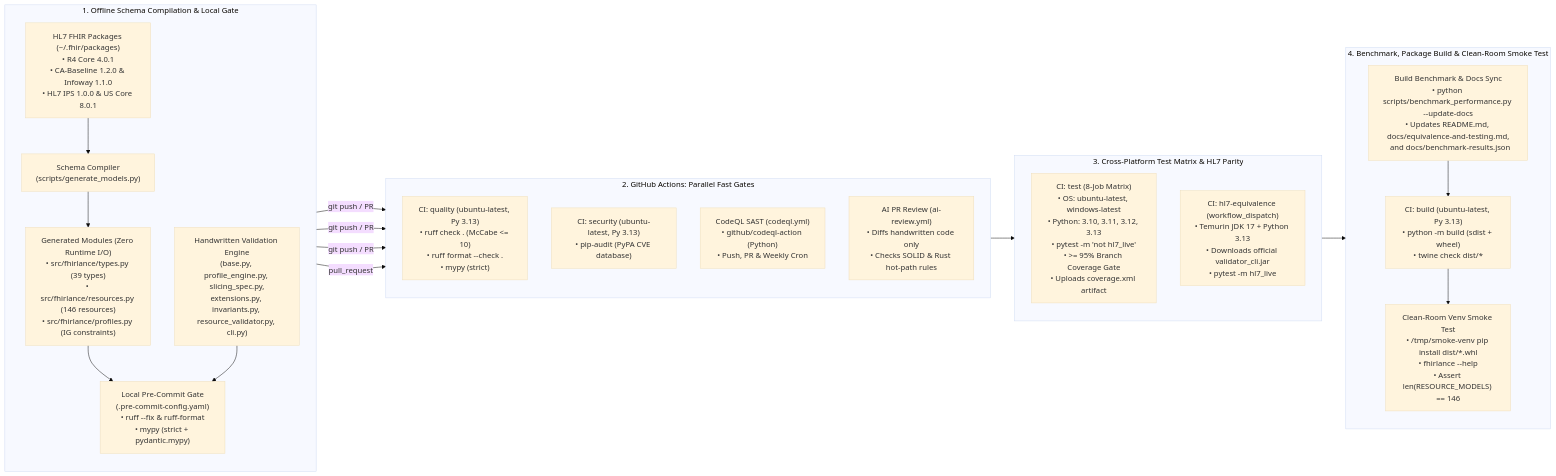
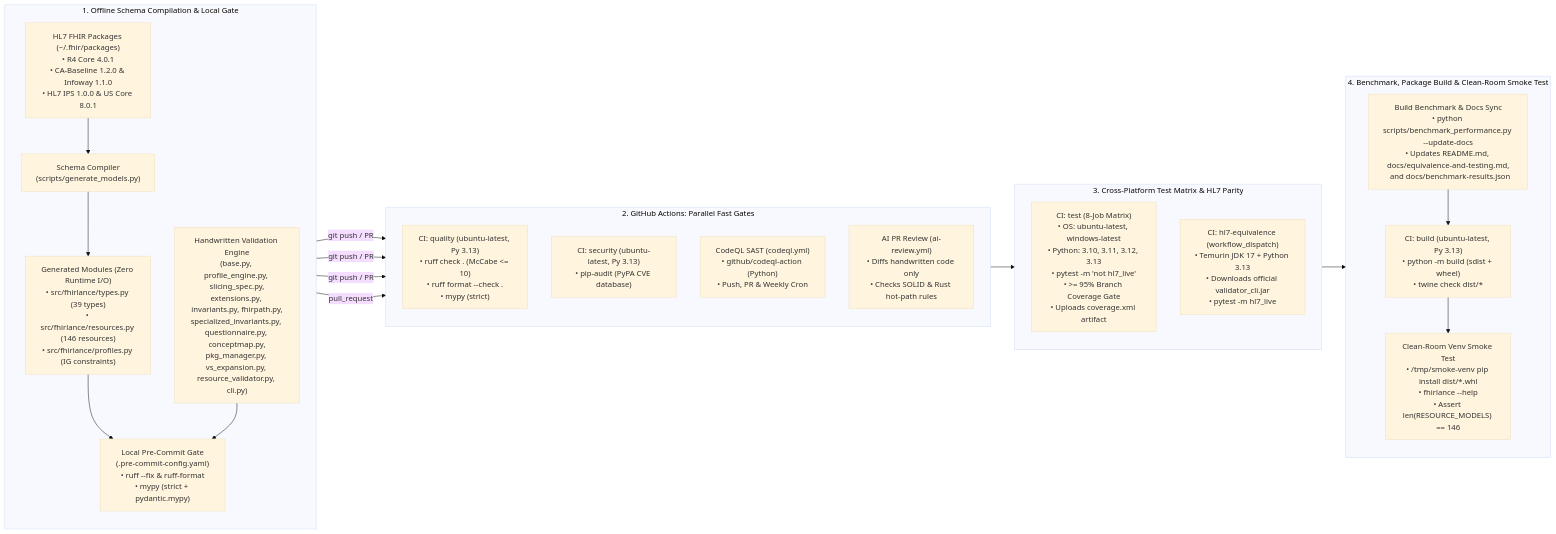
One commit to damsonaldson/FHIRlance changed the diagram in docs/ci-and-build.md. Above: the diagram before and after it, drawn with Mermaid (base theme). The commit also changed other lines of this file and 8 other files, not shown here.

````diff
--- a/docs/ci-and-build.md
+++ b/docs/ci-and-build.md
@@ -11,43 +11,43 @@
 ```mermaid
 flowchart LR
     subgraph Phase1["1. Offline Schema Compilation & Local Gate"]
         direction TB
         PKGS["HL7 FHIR Packages (~/.fhir/packages)<br/>• R4 Core 4.0.1<br/>• CA-Baseline 1.2.0 & Infoway 1.1.0<br/>• HL7 IPS 1.0.0 & US Core 8.0.1"]
         CODEGEN["Schema Compiler<br/>(scripts/generate_models.py)"]
         GEN["Generated Modules (Zero Runtime I/O)<br/>• src/fhirlance/types.py (39 types)<br/>• src/fhirlance/resources.py (146 resources)<br/>• src/fhirlance/profiles.py (IG constraints)"]
-        CORE["Handwritten Validation Engine<br/>(base.py, profile_engine.py, slicing_spec.py,<br/>extensions.py, invariants.py, resource_validator.py, cli.py)"]
+        CORE["Handwritten Validation Engine<br/>(base.py, profile_engine.py, slicing_spec.py,<br/>extensions.py, invariants.py, fhirpath.py,<br/>specialized_invariants.py, questionnaire.py, conceptmap.py,<br/>pkg_manager.py, vs_expansion.py, resource_validator.py, cli.py)"]
         PRE["Local Pre-Commit Gate<br/>(.pre-commit-config.yaml)<br/>• ruff --fix & ruff-format<br/>• mypy (strict + pydantic.mypy)"]
 
         PKGS --> CODEGEN --> GEN --> PRE
         CORE --> PRE
     end
 
     subgraph Phase2["2. GitHub Actions: Parallel Fast Gates"]
         direction TB
         QUAL["CI: quality (ubuntu-latest, Py 3.13)<br/>• ruff check . (McCabe <= 10)<br/>• ruff format --check .<br/>• mypy (strict)"]
         SEC["CI: security (ubuntu-latest, Py 3.13)<br/>• pip-audit (PyPA CVE database)"]
         CODEQL["CodeQL SAST (codeql.yml)<br/>• github/codeql-action (Python)<br/>• Push, PR & Weekly Cron"]
         AIREVIEW["AI PR Review (ai-review.yml)<br/>• Diffs handwritten code only<br/>• Checks SOLID & Rust hot-path rules"]
     end
 
     subgraph Phase3["3. Cross-Platform Test Matrix & HL7 Parity"]
         direction TB
         MATRIX["CI: test (8-Job Matrix)<br/>• OS: ubuntu-latest, windows-latest<br/>• Python: 3.10, 3.11, 3.12, 3.13<br/>• pytest -m 'not hl7_live'<br/>• >= 95% Branch Coverage Gate<br/>• Uploads coverage.xml artifact"]
         HL7["CI: hl7-equivalence (workflow_dispatch)<br/>• Temurin JDK 17 + Python 3.13<br/>• Downloads official validator_cli.jar<br/>• pytest -m hl7_live"]
     end
 
     subgraph Phase4["4. Benchmark, Package Build & Clean-Room Smoke Test"]
         direction TB
         BENCH["Build Benchmark & Docs Sync<br/>• python scripts/benchmark_performance.py --update-docs<br/>• Updates README.md, docs/equivalence-and-testing.md,<br/>  and docs/benchmark-results.json"]
         BUILD["CI: build (ubuntu-latest, Py 3.13)<br/>• python -m build (sdist + wheel)<br/>• twine check dist/*"]
         SMOKE["Clean-Room Venv Smoke Test<br/>• /tmp/smoke-venv pip install dist/*.whl<br/>• fhirlance --help<br/>• Assert len(RESOURCE_MODELS) == 146"]
         BENCH --> BUILD --> SMOKE
     end
 
     PRE -->|"git push / PR"| QUAL
     PRE -->|"git push / PR"| SEC
     PRE -->|"git push / PR"| CODEQL
     PRE -->|"pull_request"| AIREVIEW
     QUAL --> MATRIX
     MATRIX --> BUILD
 ```
````
